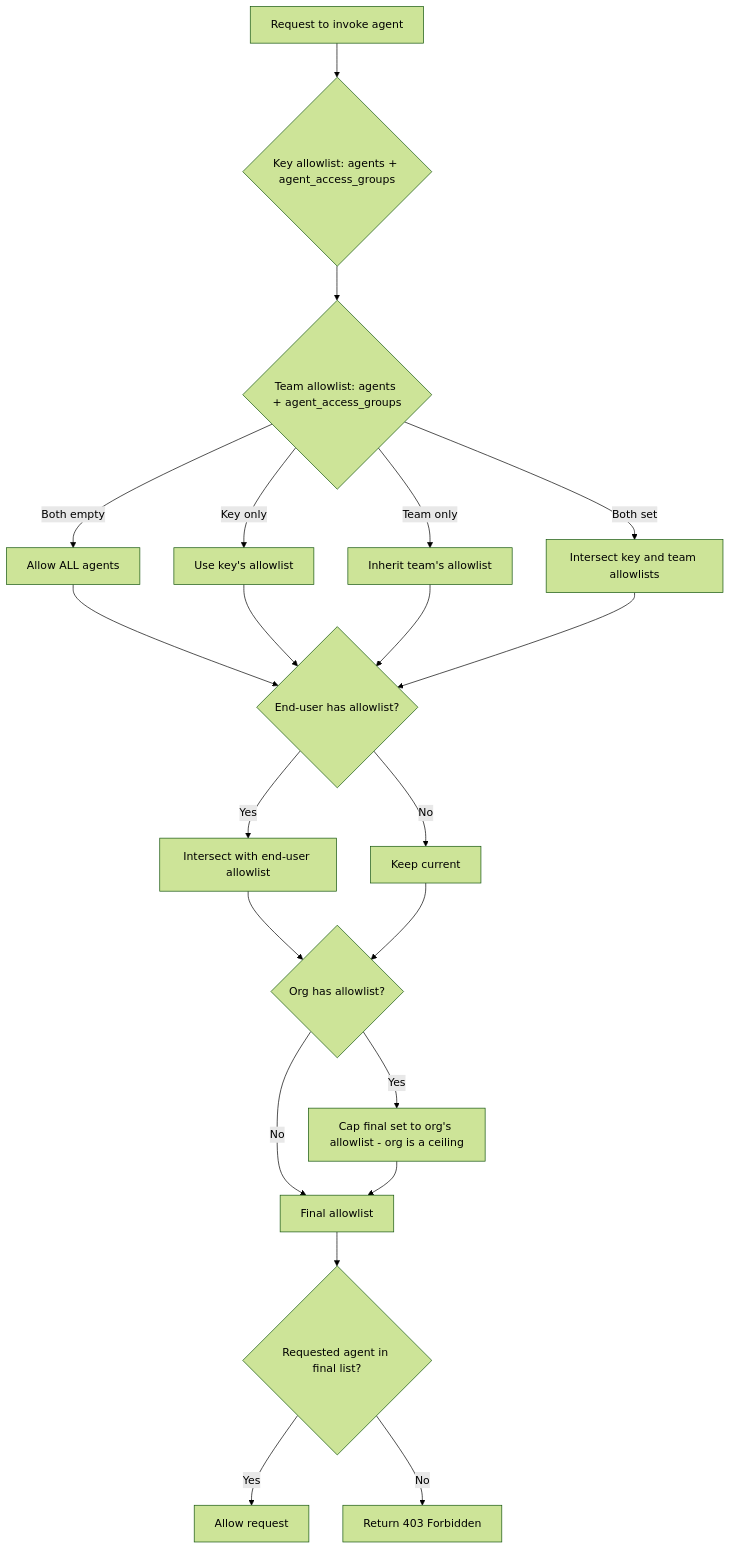
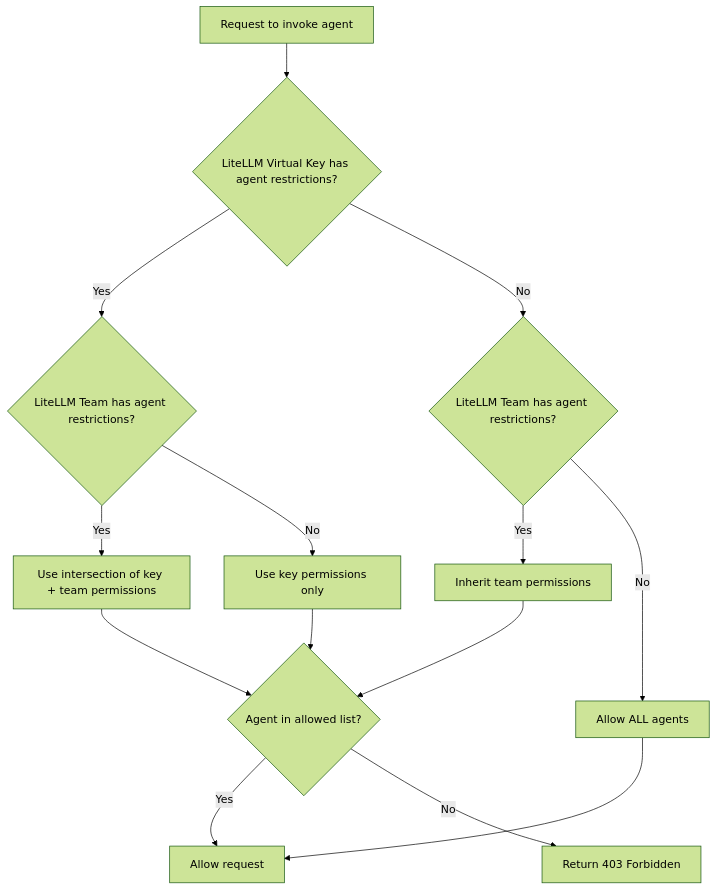
One commit to BerriAI/litellm-docs changed the diagram in docs/a2a_agent_permissions.md. Above: the diagram before and after it, drawn with Mermaid (forest theme). The commit also changed other lines of this file and 6 other files, not shown here.

Commit message:
docs(fixup): corrections from code-review pass — verified against current LiteLLM source

````diff
--- a/docs/a2a_agent_permissions.md
+++ b/docs/a2a_agent_permissions.md
@@ -260,23 +246,20 @@
 ```mermaid
 flowchart TD
-    A[Request to invoke agent] --> B{Key allowlist: agents + agent_access_groups}
-    B --> C{Team allowlist: agents + agent_access_groups}
-    C -->|Both empty| D[Allow ALL agents]
-    C -->|Key only| E[Use key's allowlist]
-    C -->|Team only| F[Inherit team's allowlist]
-    C -->|Both set| G[Intersect key and team allowlists]
-    D --> H{End-user has allowlist?}
-    E --> H
-    F --> H
-    G --> H
-    H -->|Yes| I[Intersect with end-user allowlist]
-    H -->|No| J[Keep current]
-    I --> K{Org has allowlist?}
-    J --> K
-    K -->|Yes| L[Cap final set to org's allowlist - org is a ceiling]
-    K -->|No| M[Final allowlist]
-    L --> M
-    M --> N{Requested agent in final list?}
-    N -->|Yes| O[Allow request]
-    N -->|No| P[Return 403 Forbidden]
+    A[Request to invoke agent] --> B{LiteLLM Virtual Key has agent restrictions?}
+    B -->|Yes| C{LiteLLM Team has agent restrictions?}
+    B -->|No| D{LiteLLM Team has agent restrictions?}
+
+    C -->|Yes| E[Use intersection of key + team permissions]
+    C -->|No| F[Use key permissions only]
+
+    D -->|Yes| G[Inherit team permissions]
+    D -->|No| H[Allow ALL agents]
+
+    E --> I{Agent in allowed list?}
+    F --> I
+    G --> I
+    H --> J[Allow request]
+
+    I -->|Yes| J
+    I -->|No| K[Return 403 Forbidden]
 ```
````
